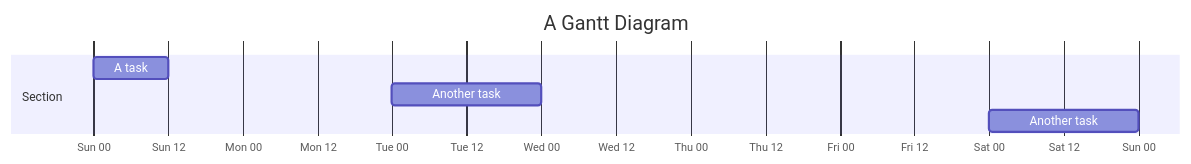
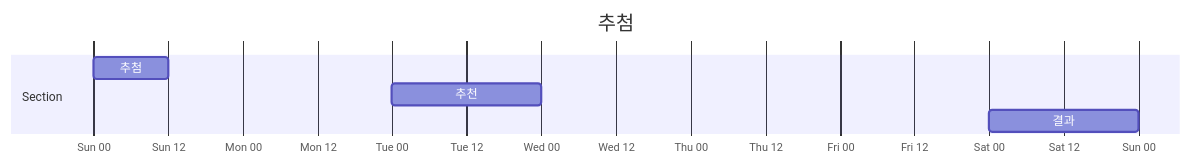
The diagram in README.md (vvcjw/vvcjw), drawn with Mermaid before and after one commit.

````diff
--- a/README.md
+++ b/README.md
@@ -9,10 +9,10 @@
 ```mermaid
 gantt
-    title A Gantt Diagram
+    title 추첨
     dateFormat  YYYY-MM-DD
     axisFormat  %a %H
     section Section
-    A task           : a1, 2022-02-27, 12h
-    Another task     : a2, 2022-03-01, 1d
-    Another task     : a3,  2022-03-05, 1d
+    추첨        : 2022-02-27, 12h
+    추천        : 2022-03-01, 1d
+    결과        : 2022-03-05, 1d
  ```
````
